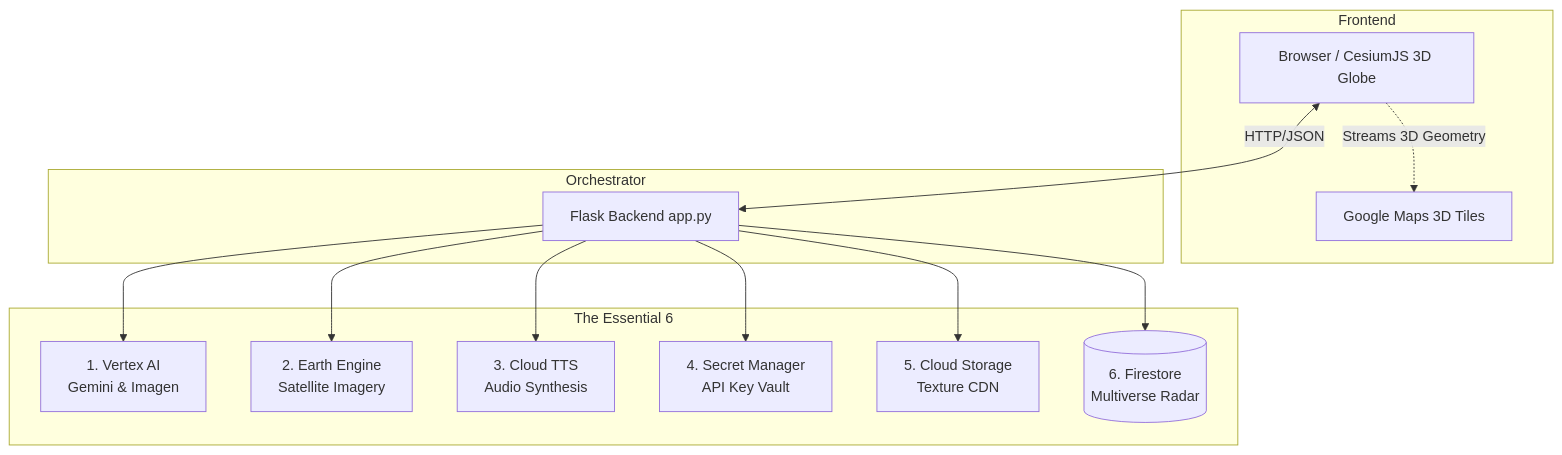
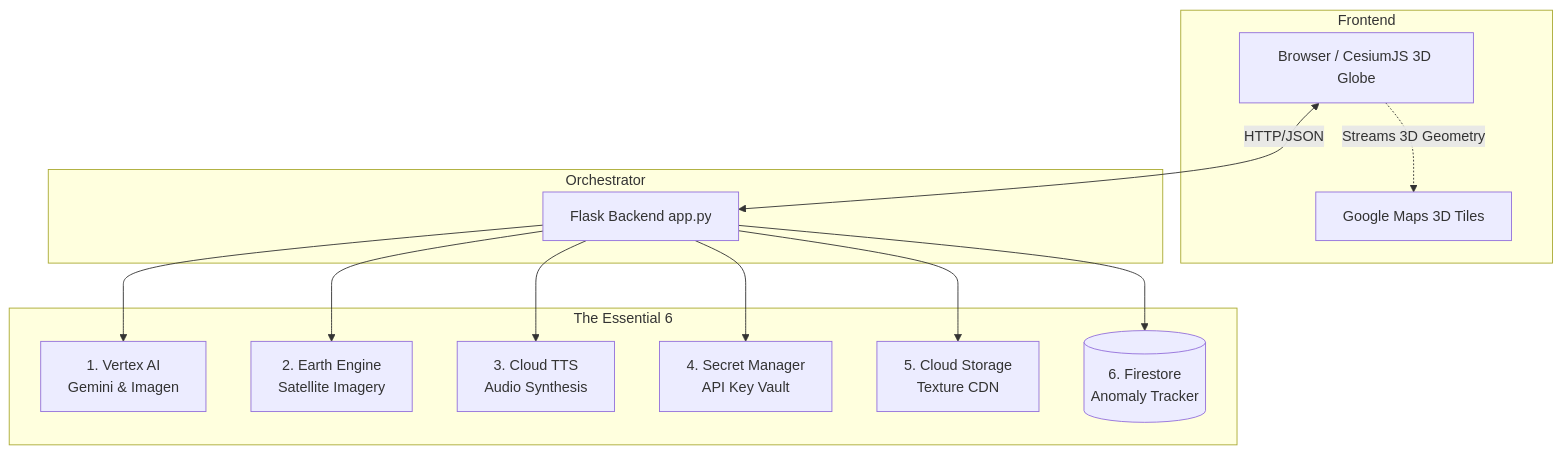
One commit to jorgeajimenez/ai-flight-simulator changed the first of 3 diagrams in ARCHITECTURE.md. Above: the diagram before and after it, drawn with Mermaid. The commit also changed other lines of this file and 26 other files, not shown here.

````diff
--- a/ARCHITECTURE.md
+++ b/ARCHITECTURE.md
@@ -23,30 +23,30 @@
 ```mermaid
 graph TD
     subgraph Frontend
         Client[Browser / CesiumJS 3D Globe]
         MapsAPI[Google Maps 3D Tiles]
     end
 
     subgraph Orchestrator
         Flask[Flask Backend app.py]
     end
 
     subgraph The Essential 6
         Vertex[1. Vertex AI<br>Gemini & Imagen]
         EE[2. Earth Engine<br>Satellite Imagery]
         TTS[3. Cloud TTS<br>Audio Synthesis]
         SM[4. Secret Manager<br>API Key Vault]
         CS[5. Cloud Storage<br>Texture CDN]
-        DB[(6. Firestore<br>Multiverse Radar)]
+        DB[(6. Firestore<br>Anomaly Tracker)]
     end
 
     Client <-->|HTTP/JSON| Flask
     Client -.->|Streams 3D Geometry| MapsAPI
     
     Flask --> SM
     Flask --> EE
     Flask --> Vertex
     Flask --> TTS
     Flask --> CS
     Flask --> DB
 ```
````
